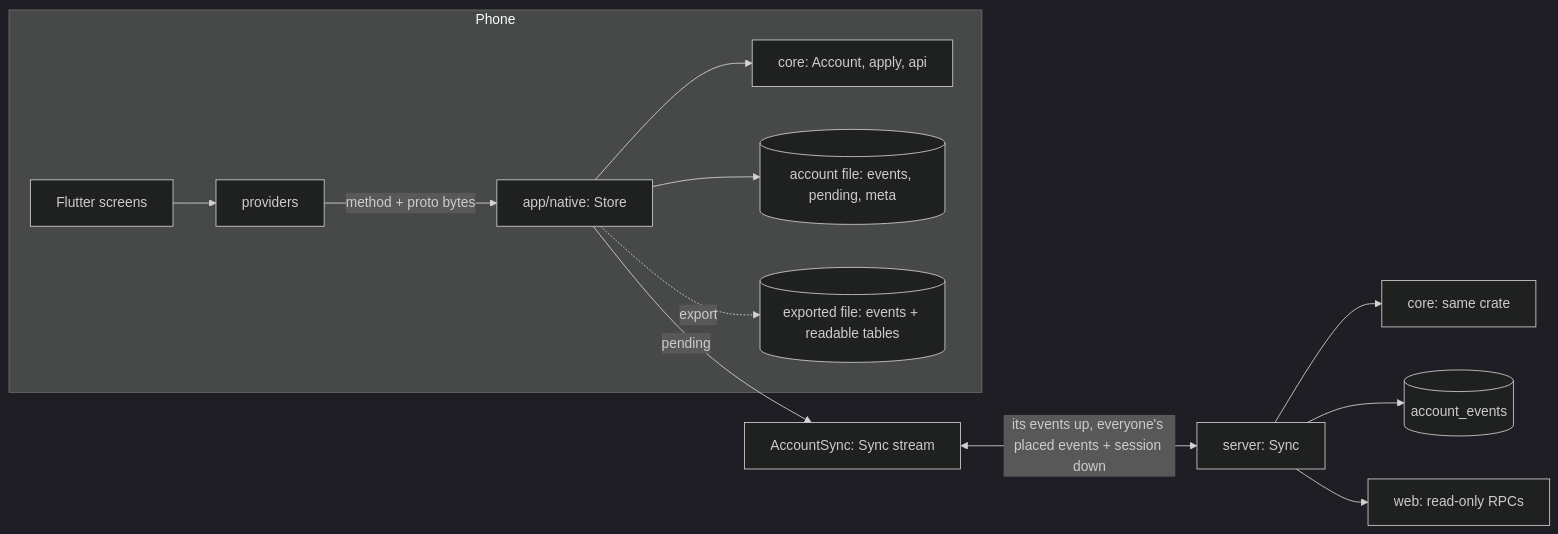
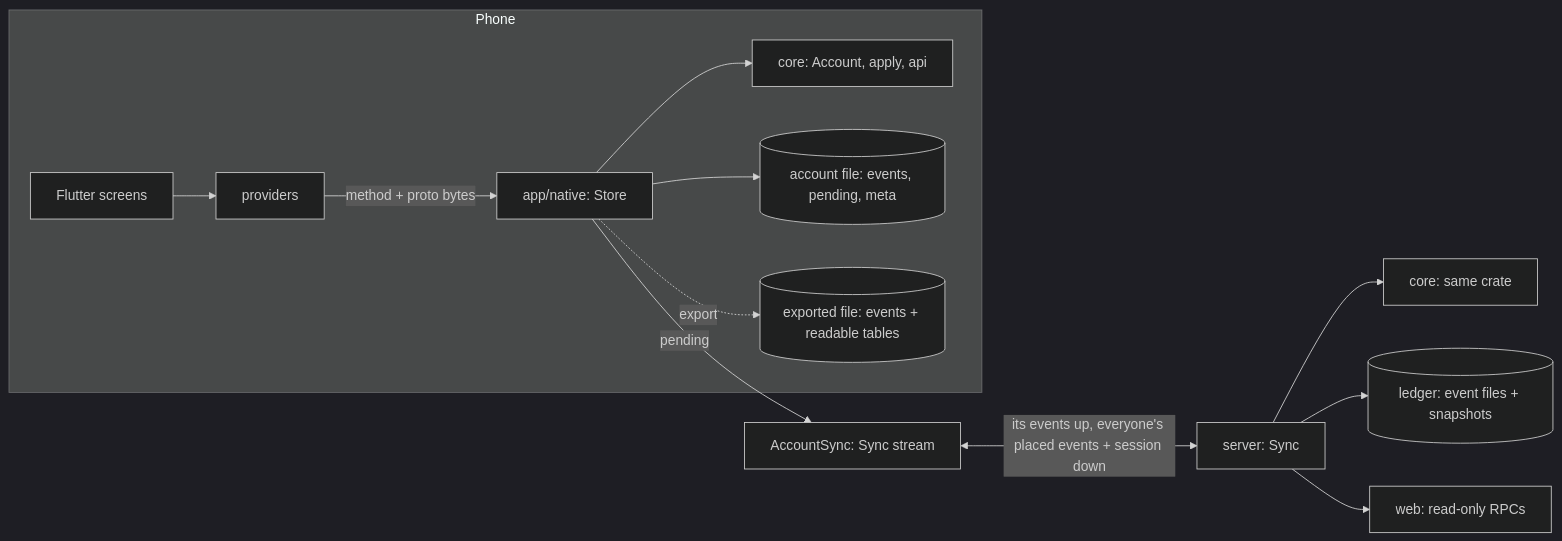
The diagram in docs/architecture/local-first.md (brensch/lift), drawn with Mermaid (dark theme) before and after one commit. The commit also changed other lines of this file and 8 other files, not shown here.

First line of the commit message:
Snapshots are never deleted; an account without one folds from the files

````diff
--- a/docs/architecture/local-first.md
+++ b/docs/architecture/local-first.md
@@ -9,15 +9,15 @@
 ```mermaid
 graph LR
   subgraph Phone
     UI[Flutter screens] --> P[providers]
     P -->|method + proto bytes| N[app/native: Store]
     N --> C[core: Account, apply, api]
     N --> F[(account file: events, pending, meta)]
     N -.->|export| X[(exported file: events + readable tables)]
   end
   N -->|pending| S[AccountSync: Sync stream]
   S <-->|its events up, everyone's placed events + session down| SV[server: Sync]
   SV --> C2[core: same crate]
-  SV --> DB[(account_events)]
+  SV --> DB[(ledger: event files + snapshots)]
   SV --> W[web: read-only RPCs]
 ```
````
